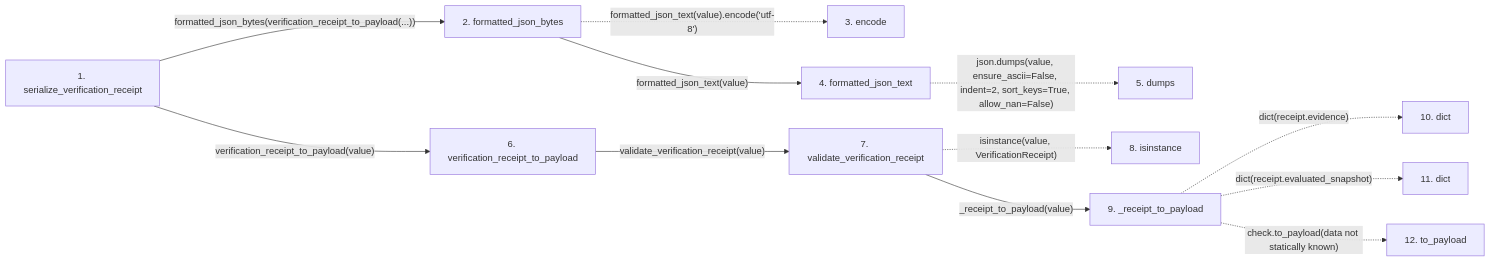
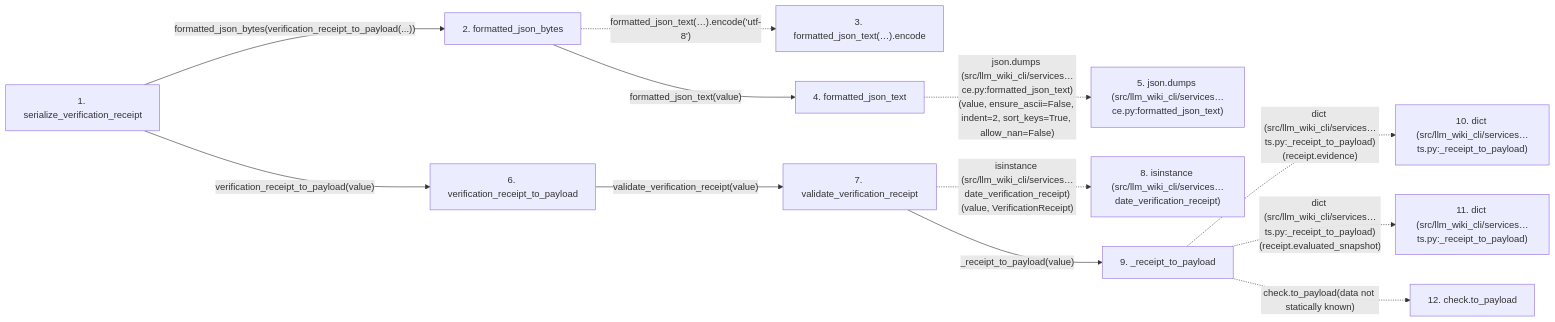
One commit to Denissvgn/python-wiki-llm changed the second of 2 diagrams in docs/llm_wiki/flows/api-serialize_verification_receipt.md. Above: the diagram before and after it, drawn with Mermaid. The commit also changed other lines of this file and 719 other files, not shown here.

````diff
--- a/docs/llm_wiki/flows/api-serialize_verification_receipt.md
+++ b/docs/llm_wiki/flows/api-serialize_verification_receipt.md
@@ -71,32 +75,32 @@
 ```mermaid
 flowchart LR
     s1["1. serialize_verification_receipt"]
     s2["2. formatted_json_bytes"]
-    s3["3. encode"]
+    s3["3. formatted_json_text(…).encode"]
     s4["4. formatted_json_text"]
-    s5["5. dumps"]
+    s5["5. json.dumps (src/llm_wiki_cli/services…ce.py:formatted_json_text)"]
     s6["6. verification_receipt_to_payload"]
     s7["7. validate_verification_receipt"]
-    s8["8. isinstance"]
+    s8["8. isinstance (src/llm_wiki_cli/services…date_verification_receipt)"]
     s9["9. _receipt_to_payload"]
-    s10["10. dict"]
-    s11["11. dict"]
-    s12["12. to_payload"]
+    s10["10. dict (src/llm_wiki_cli/services…ts.py:_receipt_to_payload)"]
+    s11["11. dict (src/llm_wiki_cli/services…ts.py:_receipt_to_payload)"]
+    s12["12. check.to_payload"]
     s1 -->|"formatted_json_bytes(verification_receipt_to_payload(...))"| s2
-    s2 -. "formatted_json_text(value).encode('utf-8')" .-> s3
+    s2 -. "formatted_json_text(…).encode('utf-8')" .-> s3
     s2 -->|"formatted_json_text(value)"| s4
-    s4 -. "json.dumps(value, ensure_ascii=False, indent=2, sort_keys=True, allow_nan=False)" .-> s5
+    s4 -. "json.dumps (src/llm_wiki_cli/services…ce.py:formatted_json_text)(value, ensure_ascii=False, indent=2, sort_keys=True, allow_nan=False)" .-> s5
     s1 -->|"verification_receipt_to_payload(value)"| s6
     s6 -->|"validate_verification_receipt(value)"| s7
-    s7 -. "isinstance(value, VerificationReceipt)" .-> s8
+    s7 -. "isinstance (src/llm_wiki_cli/services…date_verification_receipt)(value, VerificationReceipt)" .-> s8
     s7 -->|"_receipt_to_payload(value)"| s9
-    s9 -. "dict(receipt.evidence)" .-> s10
-    s9 -. "dict(receipt.evaluated_snapshot)" .-> s11
+    s9 -. "dict (src/llm_wiki_cli/services…ts.py:_receipt_to_payload)(receipt.evidence)" .-> s10
+    s9 -. "dict (src/llm_wiki_cli/services…ts.py:_receipt_to_payload)(receipt.evaluated_snapshot)" .-> s11
     s9 -. "check.to_payload(data not statically known)" .-> s12
     click s1 "../modules/verification_contracts.md"
     click s2 "../modules/knowledge_evidence.md"
     click s4 "../modules/knowledge_evidence.md"
     click s6 "../modules/verification_contracts.md"
     click s7 "../modules/verification_contracts.md"
     click s9 "../modules/verification_contracts.md"
 ```
````
